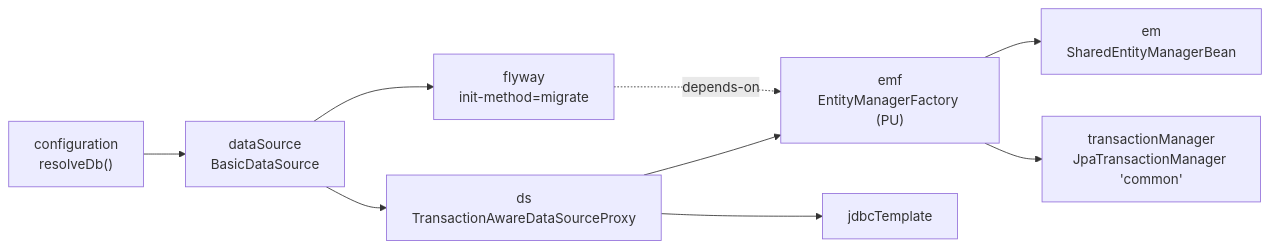
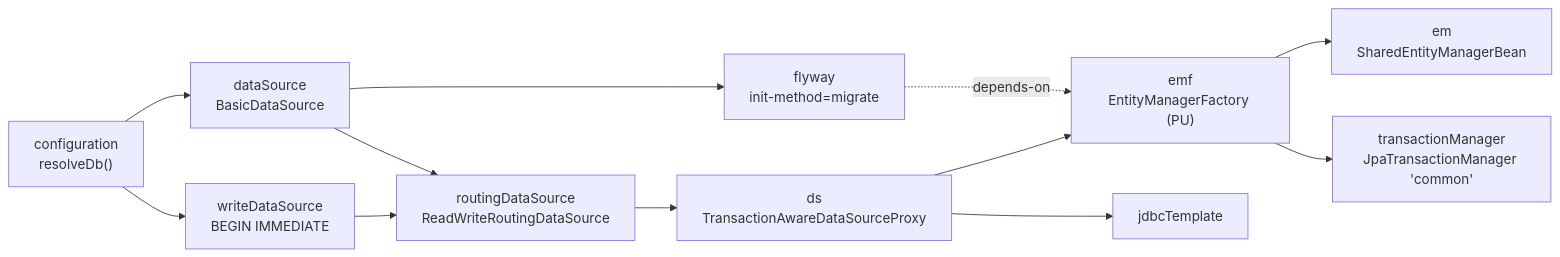
The first of 2 diagrams in manual/developer/database.md (Enerccio/Marginalia), drawn with Mermaid before and after one commit. The commit also changed other lines of this file and 12 other files, not shown here.

First line of the commit message:
**Implement Read-Write Transaction Routing and Concurrency Handling for SQLite**

````diff
--- a/manual/developer/database.md
+++ b/manual/developer/database.md
@@ -37,11 +37,14 @@
 ```mermaid
 flowchart LR
     conf["configuration<br/>resolveDb()"] --> ds["dataSource<br/>BasicDataSource"]
+    conf --> wds["writeDataSource<br/>BEGIN IMMEDIATE"]
     ds --> fw["flyway<br/>init-method=migrate"]
-    ds --> proxy["ds<br/>TransactionAwareDataSourceProxy"]
+    ds --> routing["routingDataSource<br/>ReadWriteRoutingDataSource"]
+    wds --> routing
+    routing --> proxy["ds<br/>TransactionAwareDataSourceProxy"]
     fw -. "depends-on" .-> emf
     proxy --> emf["emf<br/>EntityManagerFactory (PU)"]
     proxy --> jdbc["jdbcTemplate"]
     emf --> em["em<br/>SharedEntityManagerBean"]
     emf --> tm["transactionManager<br/>JpaTransactionManager 'common'"]
 ```
````
